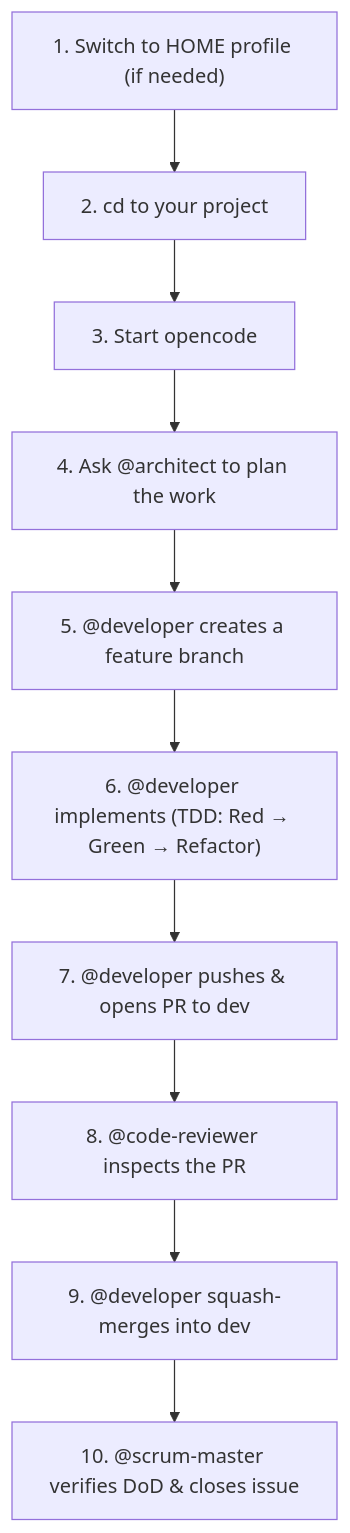
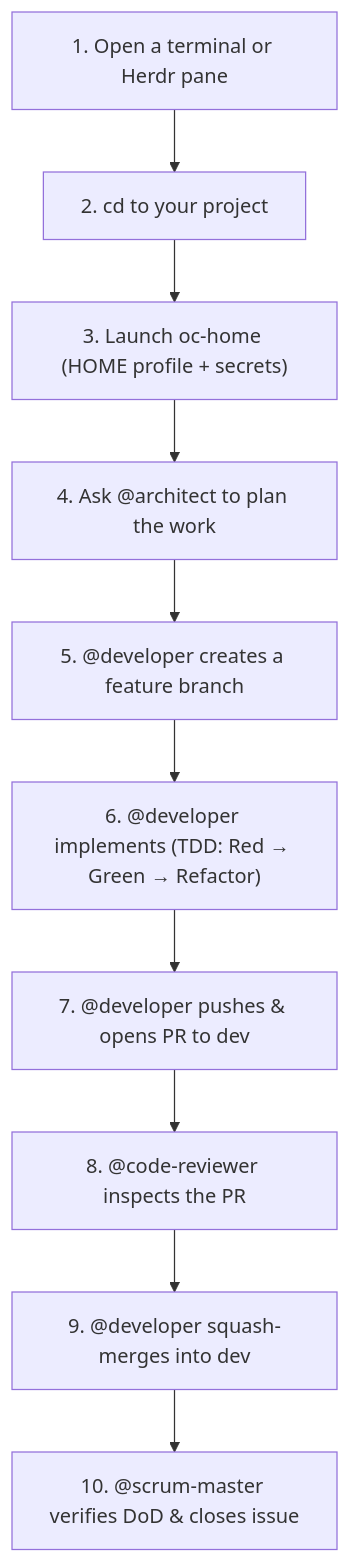
The diagram in docs/Admin-and-User-Guide.md (fpittelo/opencode-home-config), drawn with Mermaid before and after one commit. The commit also changed other lines of this file, not shown here.

First line of the commit message:
docs(guide): replace legacy symlink-flip profile switch with per-pane oc-home launch (#283)

````diff
--- a/docs/Admin-and-User-Guide.md
+++ b/docs/Admin-and-User-Guide.md
@@ -417,12 +417,12 @@
 ```mermaid
 flowchart TD
-    A["1. Switch to HOME profile (if needed)"] --> B["2. cd to your project"]
-    B --> C["3. Start opencode"]
+    A["1. Open a terminal or Herdr pane"] --> B["2. cd to your project"]
+    B --> C["3. Launch oc-home (HOME profile + secrets)"]
     C --> D["4. Ask @architect to plan the work"]
     D --> E["5. @developer creates a feature branch"]
     E --> F["6. @developer implements (TDD: Red → Green → Refactor)"]
     F --> G["7. @developer pushes & opens PR to dev"]
     G --> H["8. @code-reviewer inspects the PR"]
     H --> I["9. @developer squash-merges into dev"]
     I --> J["10. @scrum-master verifies DoD & closes issue"]
 ```
````
